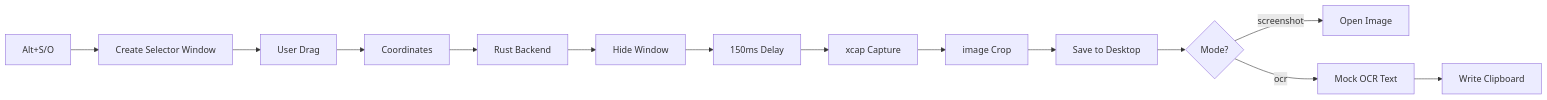
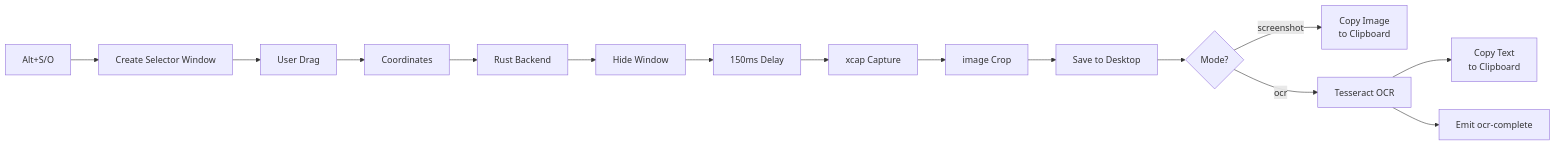
The third of 4 diagrams in arch/data/models.md (RickyDane/gquick), drawn with Mermaid before and after one commit. The commit also changed other lines of this file and 39 other files, not shown here.

````diff
--- a/arch/data/models.md
+++ b/arch/data/models.md
@@ -126,16 +191,17 @@
 ```mermaid
 flowchart LR
     Shortcut[Alt+S/O] --> Create[Create Selector Window]
     Create --> Drag[User Drag]
     Drag --> Coords[Coordinates]
     Coords --> Rust[Rust Backend]
     Rust --> Hide[Hide Window]
     Hide --> Delay[150ms Delay]
     Delay --> Capture[xcap Capture]
     Capture --> Crop[image Crop]
     Crop --> Save[Save to Desktop]
     Save --> Mode{Mode?}
-    Mode -->|screenshot| Open[Open Image]
-    Mode -->|ocr| Mock[Mock OCR Text]
-    Mock --> Clipboard[Write Clipboard]
+    Mode -->|screenshot| Clipboard1[Copy Image<br/>to Clipboard]
+    Mode -->|ocr| Tesseract[Tesseract OCR]
+    Tesseract --> Clipboard2[Copy Text<br/>to Clipboard]
+    Tesseract --> Event[Emit ocr-complete]
 ```
````
